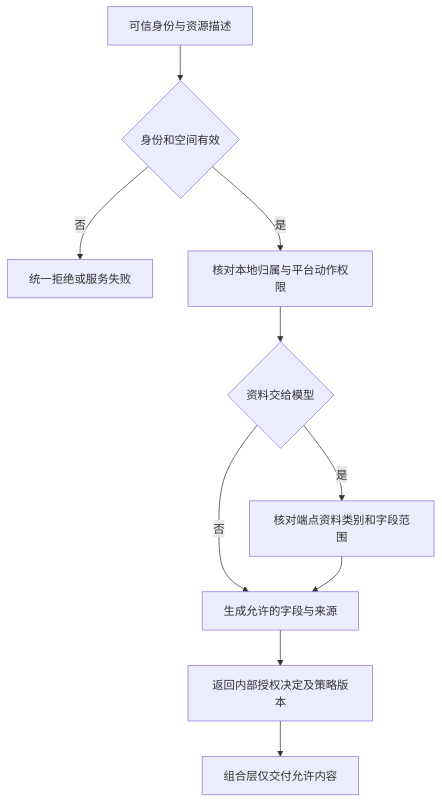
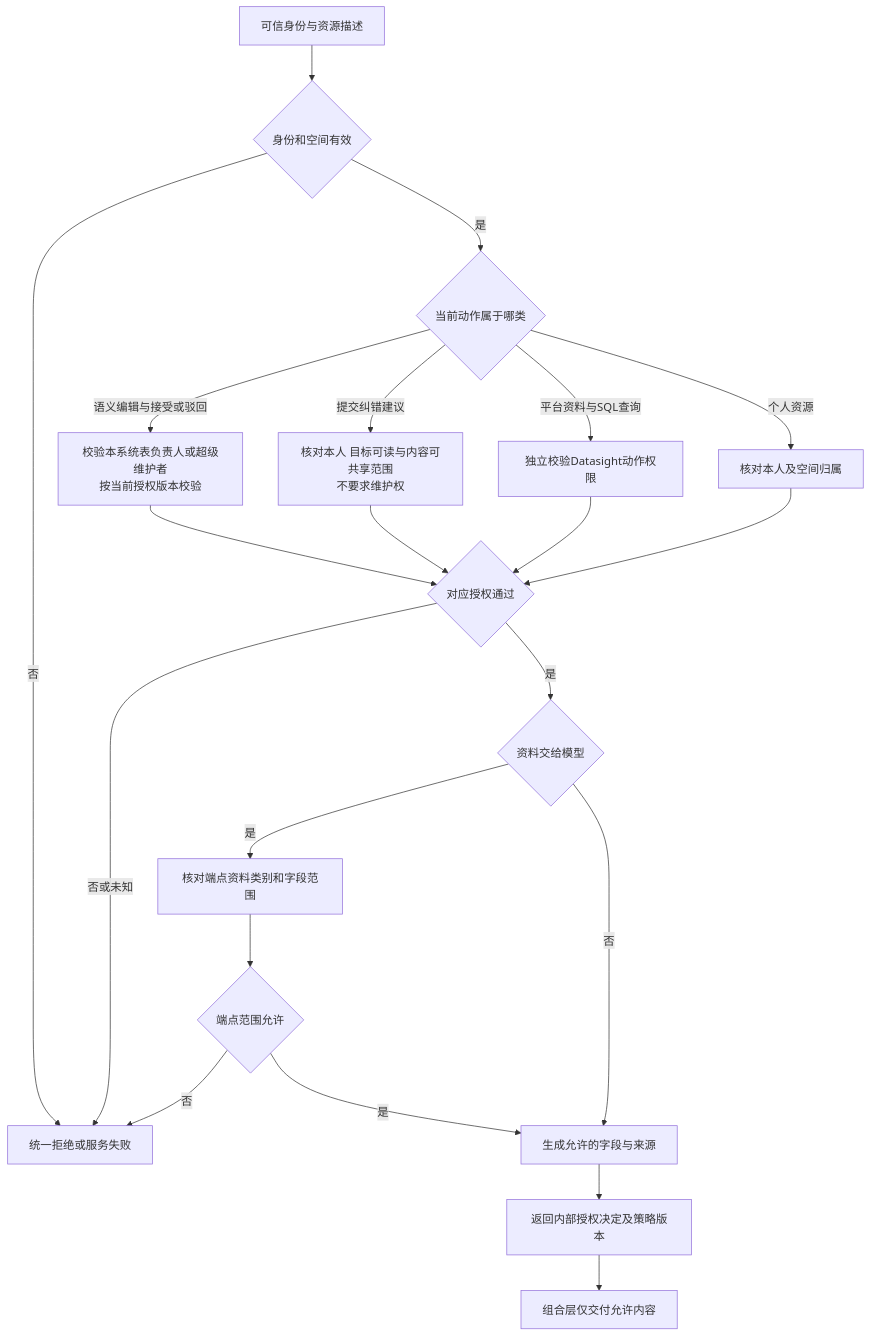
One commit to yaoziyaoguai/data_agent changed the second of 11 diagrams in docs/architecture/knowledge-modules.md. Above: the diagram before and after it, drawn with Mermaid. The commit also changed other lines of this file and 67 other files, not shown here.

````diff
--- a/docs/architecture/knowledge-modules.md
+++ b/docs/architecture/knowledge-modules.md
@@ -67,12 +84,23 @@
 ```mermaid
 flowchart TD
     A[可信身份与资源描述] --> B{身份和空间有效}
     B -->|否| X[统一拒绝或服务失败]
-    B -->|是| C[核对本地归属与平台动作权限]
-    C --> D{资料交给模型}
+    B -->|是| C{当前动作属于哪类}
+    C -->|语义编辑与接受或驳回| L[校验本系统表负责人或超级维护者<br/>按当前授权版本校验]
+    C -->|提交纠错建议| Proposal[核对本人 目标可读与内容可共享范围<br/>不要求维护权]
+    C -->|平台资料与SQL查询| P[独立校验Datasight动作权限]
+    C -->|个人资源| O[核对本人及空间归属]
+    L --> V{对应授权通过}
+    P --> V
+    O --> V
+    Proposal --> V
+    V -->|否或未知| X
+    V -->|是| D{资料交给模型}
     D -->|是| E[核对端点资料类别和字段范围]
     D -->|否| F[生成允许的字段与来源]
-    E --> F
+    E --> J{端点范围允许}
+    J -->|否| X
+    J -->|是| F
     F --> G[返回内部授权决定及策略版本]
     G --> H[组合层仅交付允许内容]
 ```
````
